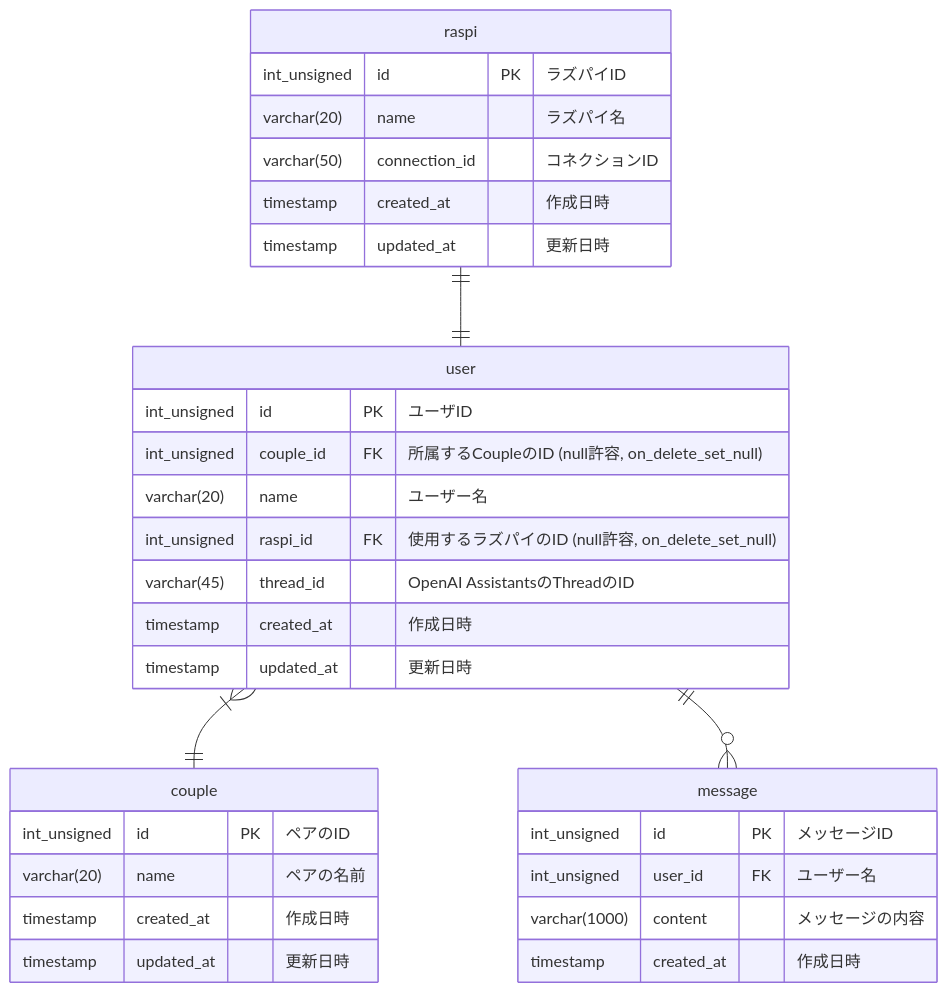
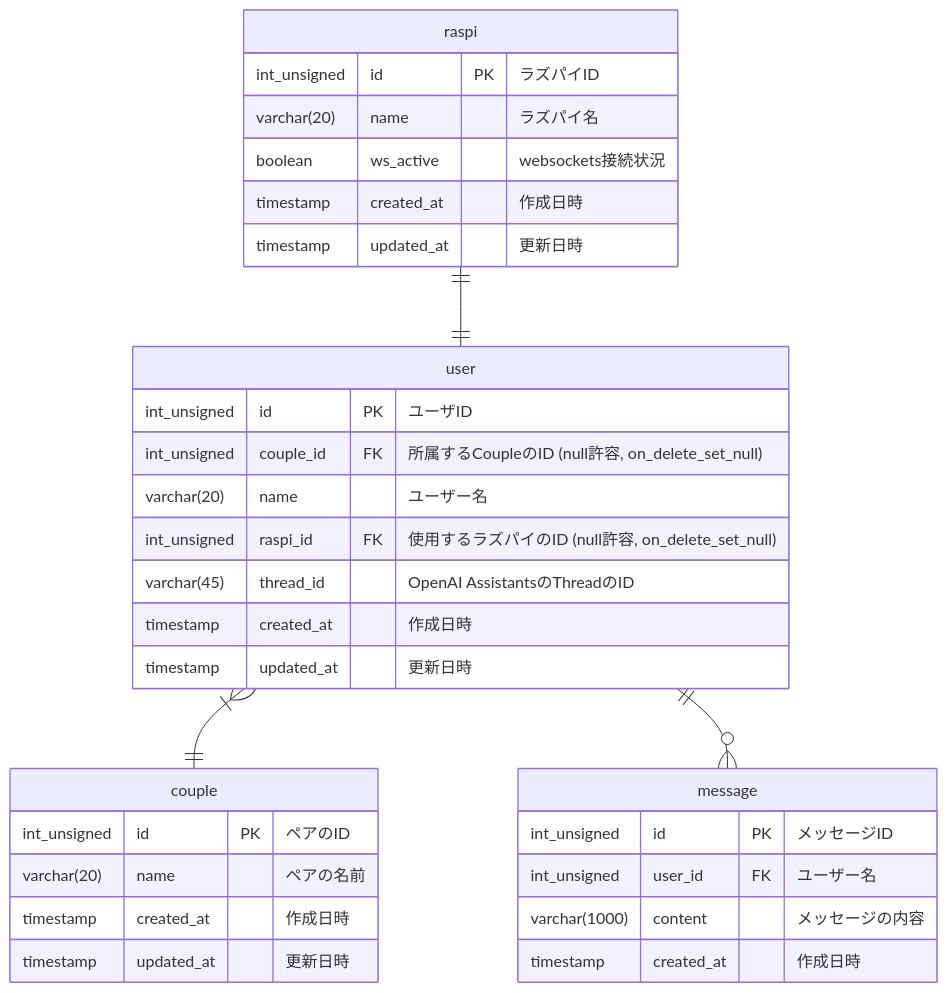
Before and after one commit to futaringoto/futarin-api: the diagram in ER.md, drawn with Mermaid. The commit also changed 6 other files, not shown here.

````diff
--- a/ER.md
+++ b/ER.md
@@ -5,38 +5,38 @@
 ```mermaid
 erDiagram
     raspi ||--|| user : ""
     user }|--|| couple : ""
     user ||--o{ message : ""
 
     raspi {
         int_unsigned id PK "ラズパイID"
         varchar(20) name "ラズパイ名"
-        varchar(50) connection_id "コネクションID"
+        boolean ws_active "websockets接続状況"
         timestamp created_at "作成日時"
         timestamp updated_at "更新日時"
     }
 
     user {
         int_unsigned id PK "ユーザID"
         int_unsigned couple_id FK "所属するCoupleのID (null許容, on_delete_set_null)"
         varchar(20) name "ユーザー名"
         int_unsigned raspi_id FK "使用するラズパイのID (null許容, on_delete_set_null)"
         varchar(45) thread_id "OpenAI AssistantsのThreadのID"
         timestamp created_at "作成日時"
         timestamp updated_at "更新日時"
     }
 
     couple {
         int_unsigned id PK "ペアのID"
         varchar(20) name "ペアの名前"
         timestamp created_at "作成日時"
         timestamp updated_at "更新日時"
     }
 
     message {
         int_unsigned id PK "メッセージID"
         int_unsigned user_id FK "ユーザー名"
         varchar(1000) content "メッセージの内容"
         timestamp created_at "作成日時"
     }
 ```
````
